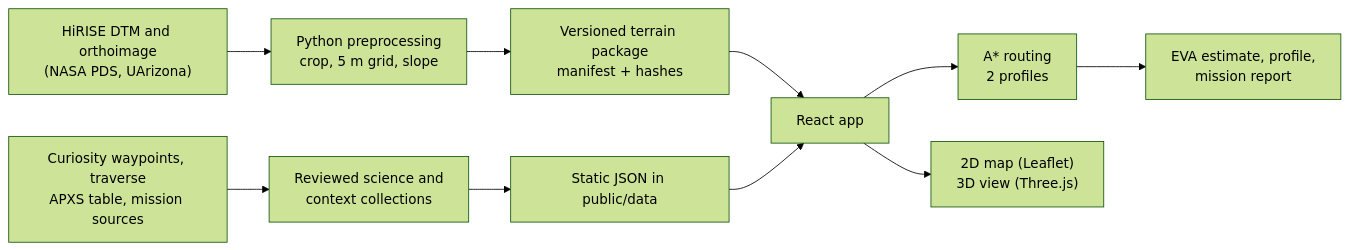
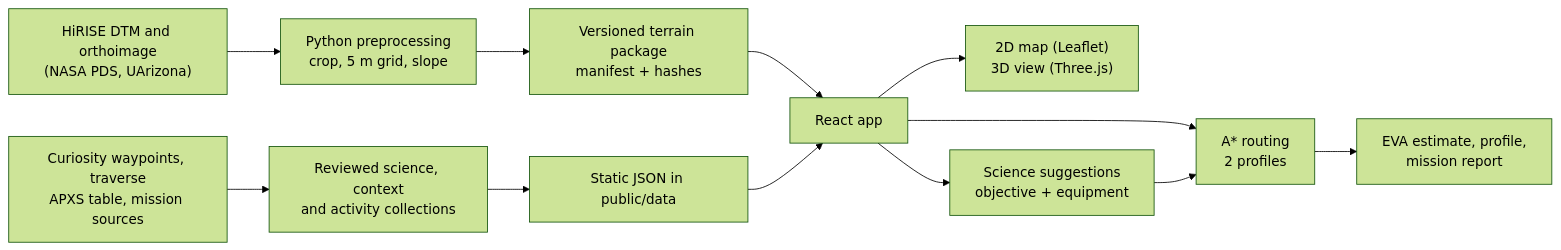
Before and after one commit to hanaznable/marswalk-planner: the diagram in README.md, drawn with Mermaid (forest theme). The commit also changed other lines of this file, not shown here.

First line of the commit message:
docs: describe science suggestions in the README

````diff
--- a/README.md
+++ b/README.md
@@ -85,12 +92,14 @@
 ```mermaid
 flowchart LR
   A["HiRISE DTM and orthoimage<br/>(NASA PDS, UArizona)"] --> B["Python preprocessing<br/>crop, 5 m grid, slope"]
-  C["Curiosity waypoints, traverse<br/>APXS table, mission sources"] --> D["Reviewed science and<br/>context collections"]
+  C["Curiosity waypoints, traverse<br/>APXS table, mission sources"] --> D["Reviewed science, context<br/>and activity collections"]
   B --> E["Versioned terrain package<br/>manifest + hashes"]
   D --> F["Static JSON in public/data"]
   E --> G["React app"]
   F --> G
   G --> H["A* routing<br/>2 profiles"]
   G --> I["2D map (Leaflet)<br/>3D view (Three.js)"]
+  G --> K["Science suggestions<br/>objective + equipment"]
+  K --> H
   H --> J["EVA estimate, profile,<br/>mission report"]
 ```
````
